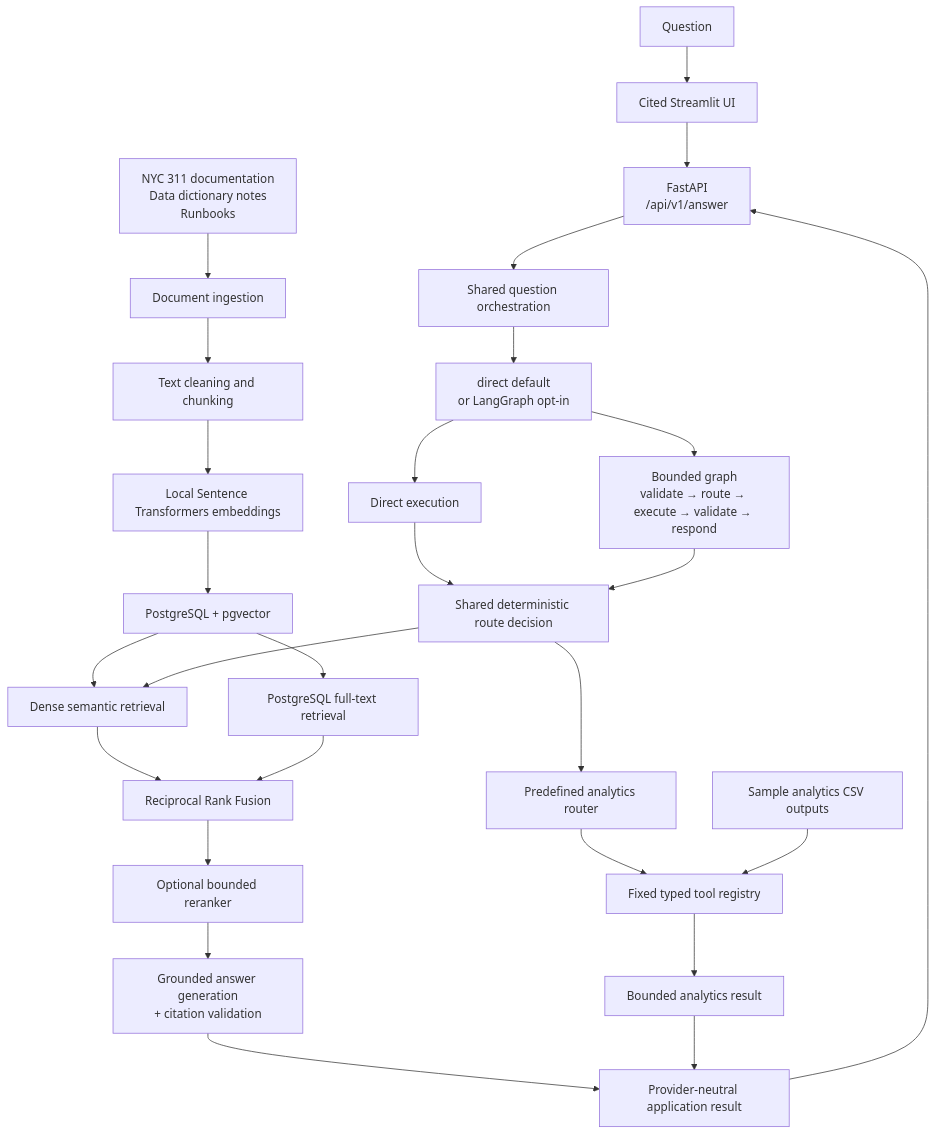
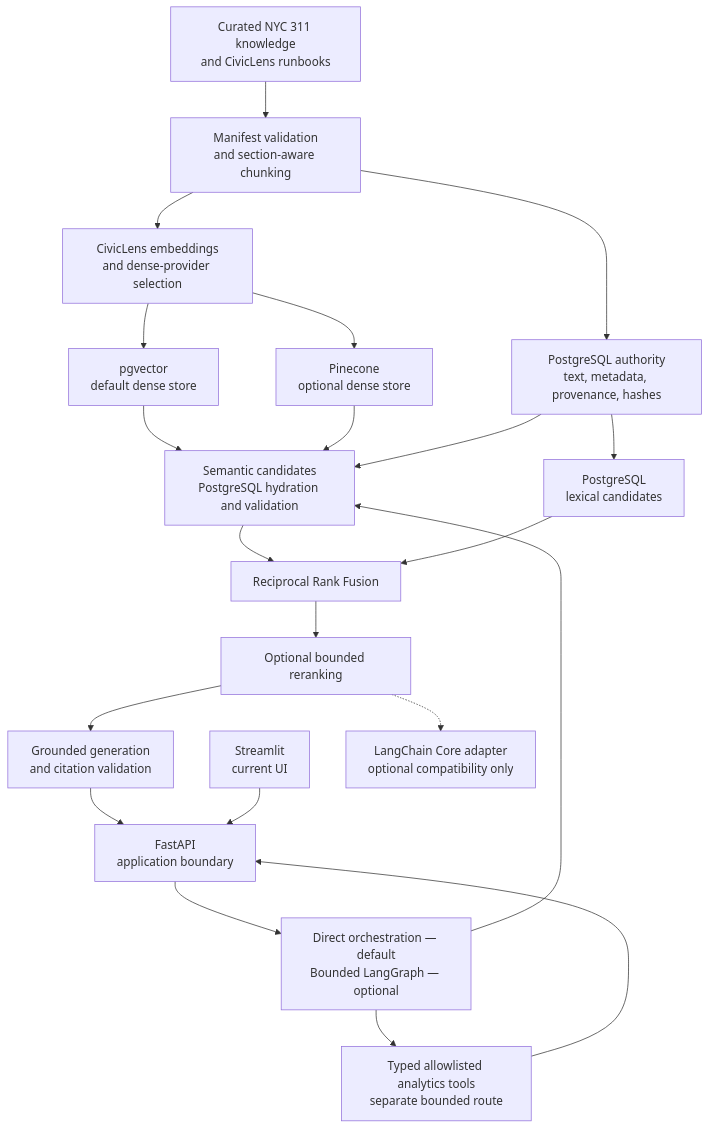
The diagram in README.md (rihua-tech/civiclens-rag-nyc311), drawn with Mermaid before and after one commit. The commit also changed other lines of this file and 1 other file, not shown here.

````diff
--- a/README.md
+++ b/README.md
@@ -39,34 +22,40 @@
 ```mermaid
 flowchart TD
-    question["Question"]
-    docs["NYC 311 documentation<br/>Data dictionary notes<br/>Runbooks"]
-    sampleAnalytics["Sample analytics CSV outputs"]
+    sources["Curated NYC 311 knowledge<br/>and CivicLens runbooks"]
+    ingestion["Manifest validation<br/>and section-aware chunking"]
+    postgres["PostgreSQL authority<br/>text, metadata, provenance, hashes"]
+    embeddings["CivicLens embeddings<br/>and dense-provider selection"]
+    pgvector["pgvector<br/>default dense store"]
+    pinecone["Pinecone<br/>optional dense store"]
+    dense["Semantic candidates<br/>PostgreSQL hydration and validation"]
+    lexical["PostgreSQL<br/>lexical candidates"]
+    rrf["Reciprocal Rank Fusion"]
+    rerank["Optional bounded reranking"]
+    grounded["Grounded generation<br/>and citation validation"]
+    fastapi["FastAPI<br/>application boundary"]
+    orchestration["Direct orchestration — default<br/>Bounded LangGraph — optional"]
+    analytics["Typed allowlisted analytics tools<br/>separate bounded route"]
+    streamlit["Streamlit<br/>current UI"]
+    langchain["LangChain Core adapter<br/>optional compatibility only"]
 
-    docs --> ingestion["Document ingestion"]
-    ingestion --> chunking["Text cleaning and chunking"]
-    chunking --> embeddings["Local Sentence Transformers embeddings"]
-    embeddings --> pgvector["PostgreSQL + pgvector"]
-    pgvector --> semantic["Dense semantic retrieval"]
-    pgvector --> lexical["PostgreSQL full-text retrieval"]
-    semantic --> fusion["Reciprocal Rank Fusion"]
-    lexical --> fusion
-    fusion --> reranker["Optional bounded reranker"]
-    reranker --> answer["Grounded answer generation<br/>+ citation validation"]
-
-    question --> ui["Cited Streamlit UI"]
-    ui --> api["FastAPI<br/>/api/v1/answer"]
-    api --> orchestrator["Shared question orchestration"]
-    orchestrator --> mode["direct default<br/>or LangGraph opt-in"]
-    mode --> direct["Direct execution"]
-    mode --> boundedGraph["Bounded graph<br/>validate → route → execute → validate → respond"]
-    direct --> routeDecision["Shared deterministic route decision"]
-    boundedGraph --> routeDecision
-    routeDecision --> semantic
-    routeDecision --> analyticsRouter["Predefined analytics router"]
-    analyticsRouter --> analyticsRegistry["Fixed typed tool registry"]
-    sampleAnalytics --> analyticsRegistry
-    analyticsRegistry --> analyticsAnswer["Bounded analytics result"]
-    answer --> result["Provider-neutral application result"]
-    analyticsAnswer --> result
-    result --> api
+    sources --> ingestion
+    ingestion --> postgres
+    ingestion --> embeddings
+    embeddings --> pgvector
+    embeddings --> pinecone
+    pgvector --> dense
+    pinecone --> dense
+    postgres --> dense
+    postgres --> lexical
+    fastapi --> orchestration
+    orchestration --> dense
+    orchestration --> analytics
+    dense --> rrf
+    lexical --> rrf
+    rrf --> rerank
+    rerank --> grounded
+    grounded --> fastapi
+    analytics --> fastapi
+    streamlit --> fastapi
+    rerank -.-> langchain
 ```
````
